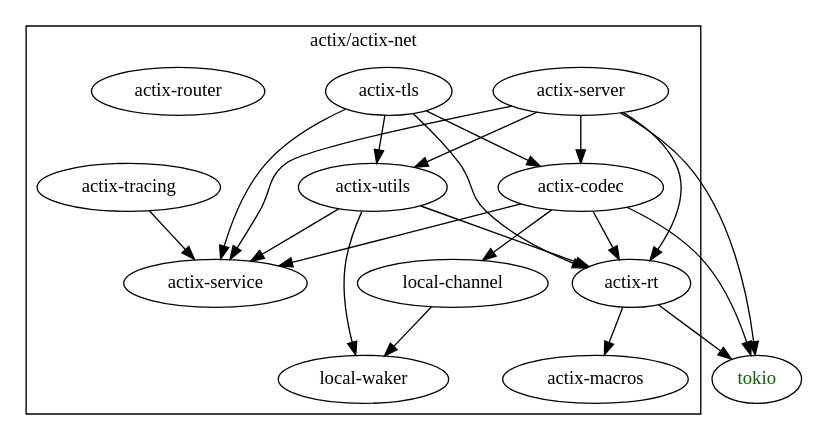
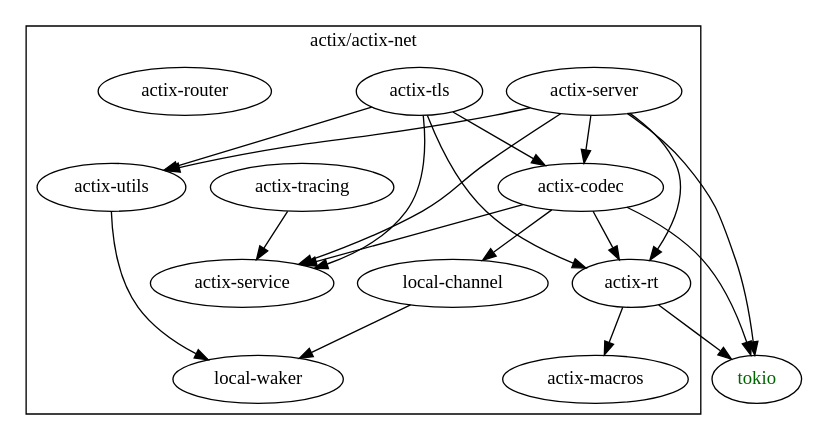
The diagram in docs/graphs/net-only.dot (Cherry-Pooh/actix-web), drawn with Graphviz before and after one commit. The commit also changed 2 other files, not shown here.

```diff
--- a/docs/graphs/net-only.dot
+++ b/docs/graphs/net-only.dot
@@ -1,19 +1,19 @@
 digraph {
     subgraph cluster_net {
         label="actix/actix-net";
         "actix-codec" "actix-macros" "actix-rt" "actix-server" "actix-service"
         "actix-tls" "actix-tracing" "actix-utils" "actix-router"
         "local-channel" "local-waker"
     }
 
     "actix-codec" -> { "actix-rt" "actix-service" "local-channel" "tokio" }
-    "actix-utils" -> { "actix-rt" "actix-service" "local-waker" }
+    "actix-utils" -> { "local-waker" }
     "actix-tracing" -> { "actix-service" }
     "actix-tls" -> { "actix-service" "actix-codec" "actix-utils" "actix-rt" }
     "actix-server" -> { "actix-service" "actix-rt" "actix-codec" "actix-utils" "tokio" }
     "actix-rt" -> { "actix-macros" "tokio" }
 
     "local-channel" -> { "local-waker" }
 
     "tokio" [fontcolor = darkgreen]
 }
```
